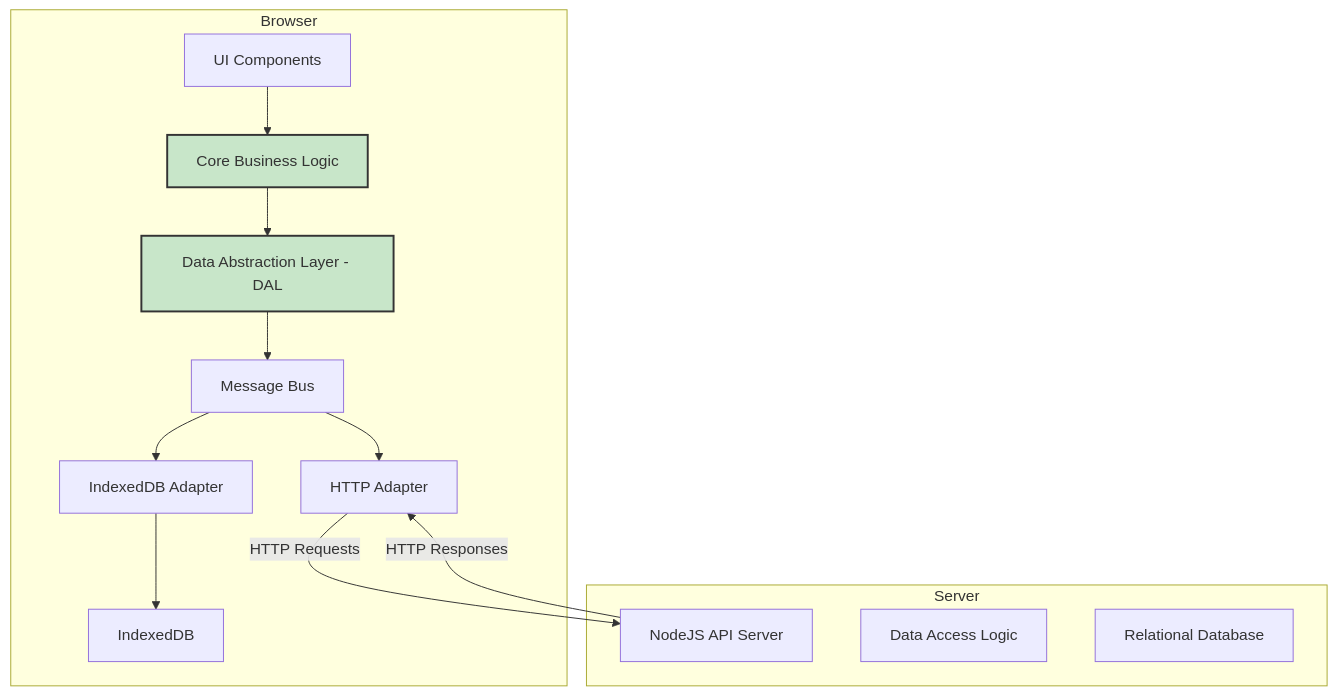
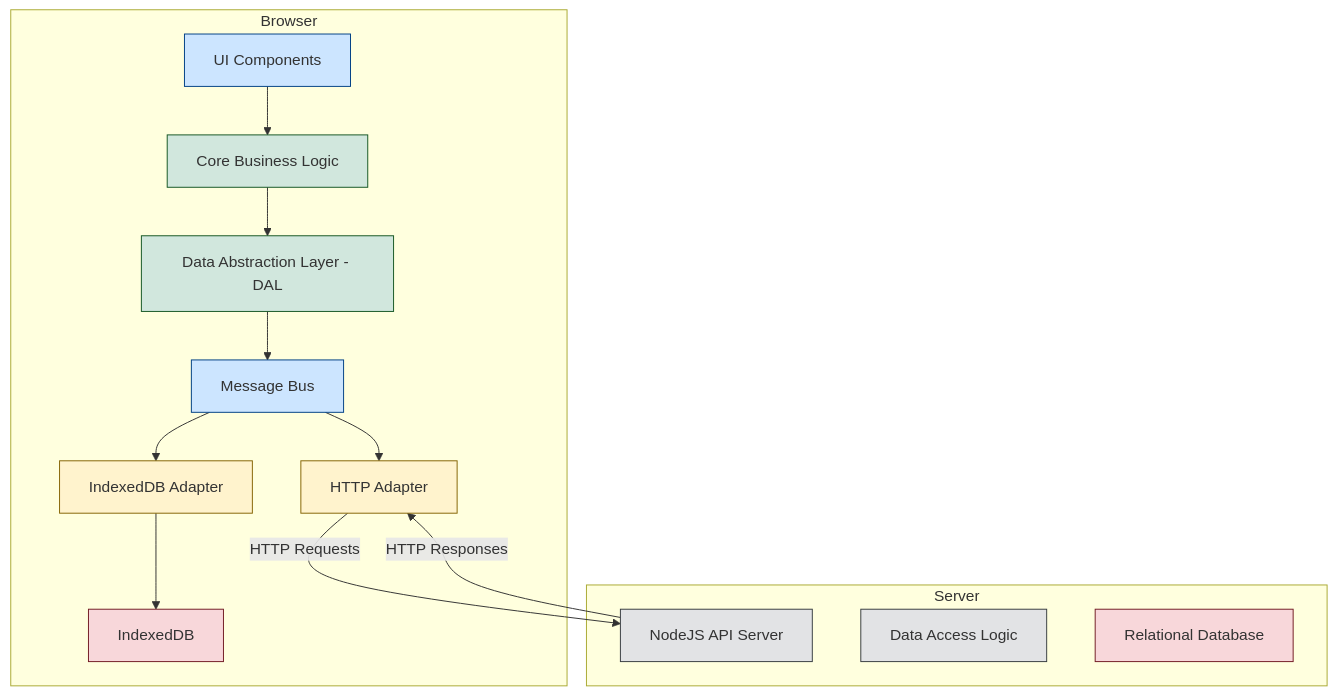
Before and after one commit to rngadam/flashcards: the first of 3 diagrams in DESIGN.md, drawn with Mermaid. The commit also changed other lines of this file, not shown here.

First line of the commit message:
docs: Finalize isomorphic architecture design with user flow diagrams

````diff
--- a/DESIGN.md
+++ b/DESIGN.md
@@ -16,30 +16,40 @@
 ```mermaid
 graph TD
     subgraph Browser
         A[UI Components]
         B[Core Business Logic]
         C[Data Abstraction Layer - DAL]
         D[Message Bus]
         E[IndexedDB Adapter]
         F[HTTP Adapter]
         G[IndexedDB]
     end
 
     subgraph Server
         H[NodeJS API Server]
         I[Data Access Logic]
         J[Relational Database]
     end
 
     A --> B
     B --> C
     C --> D
     D --> E
     D --> F
     E --> G
     F -- HTTP Requests --> H
     H -- HTTP Responses --> F
 
-    style B fill:#c8e6c9,stroke:#333,stroke-width:2px
-    style C fill:#c8e6c9,stroke:#333,stroke-width:2px
+    classDef ui fill:#cce5ff,stroke:#004085,stroke-width:1px;
+    classDef logic fill:#d1e7dd,stroke:#155724,stroke-width:1px;
+    classDef adapter fill:#fff3cd,stroke:#856404,stroke-width:1px;
+    classDef datastore fill:#f8d7da,stroke:#721c24,stroke-width:1px;
+    classDef server fill:#e2e3e5,stroke:#383d41,stroke-width:1px;
+
+    class A ui;
+    class B,C logic;
+    class D ui;
+    class E,F adapter;
+    class G,J datastore;
+    class H,I server;
 ```
````
